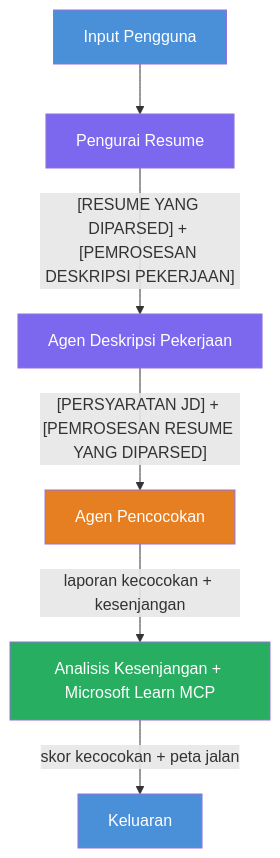
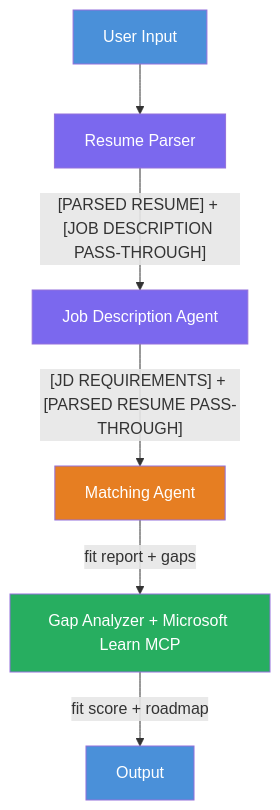
Before and after one commit to microsoft-foundry/Foundry_Toolkit_for_VSCode_Lab: the diagram in translations/id/workshop/lab02-multi-agent/README.md, drawn with Mermaid. The commit also changed other lines of this file and 73 other files, not shown here.

````diff
--- a/translations/id/workshop/lab02-multi-agent/README.md
+++ b/translations/id/workshop/lab02-multi-agent/README.md
@@ -13,15 +13,15 @@
 ```mermaid
 flowchart TD
-    A["Input Pengguna"] --> B["Pengurai Resume"]
-    B -->|"[RESUME YANG DIPARSED] + [PEMROSESAN DESKRIPSI PEKERJAAN]"| C["Agen Deskripsi Pekerjaan"]
-    C -->|"[PERSYARATAN JD] + [PEMROSESAN RESUME YANG DIPARSED]"| D["Agen Pencocokan"]
-    D -->|laporan kecocokan + kesenjangan| E["Analisis Kesenjangan + Microsoft Learn MCP"]
-    E -->|skor kecocokan + peta jalan| F["Keluaran"]
+    A["User Input"] --> B["Resume Parser"]
+    B -->|"[PARSED RESUME] + [JOB DESCRIPTION PASS-THROUGH]"| C["Job Description Agent"]
+    C -->|"[JD REQUIREMENTS] + [PARSED RESUME PASS-THROUGH]"| D["Matching Agent"]
+    D -->|fit report + gaps| E["Gap Analyzer + Microsoft Learn MCP"]
+    E -->|fit score + roadmap| F["Output"]
 
     style A fill:#4A90D9,color:#fff
     style B fill:#7B68EE,color:#fff
     style C fill:#7B68EE,color:#fff
     style D fill:#E67E22,color:#fff
     style E fill:#27AE60,color:#fff
     style F fill:#4A90D9,color:#fff
 ```
````
